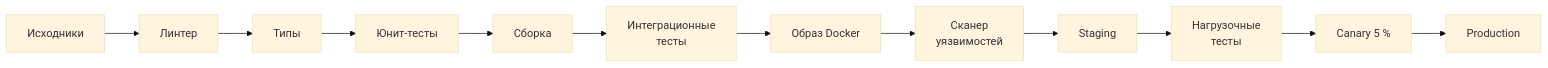
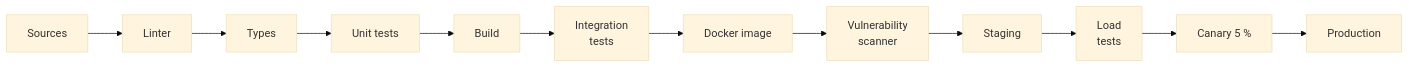
Before and after one commit to Kseen715/md2pdfX: the first of 3 diagrams in examples/big-diagrams.md, drawn with Mermaid (base theme). The commit also changed other lines of this file and 25 other files, not shown here.

````diff
--- a/examples/big-diagrams.md
+++ b/examples/big-diagrams.md
@@ -18,6 +18,6 @@
 ```mermaid
 flowchart LR
-    A[Исходники] --> B[Линтер] --> C[Типы] --> D[Юнит-тесты] --> E[Сборка]
-    E --> F[Интеграционные<br/>тесты] --> G[Образ Docker] --> H[Сканер<br/>уязвимостей]
-    H --> I[Staging] --> J[Нагрузочные<br/>тесты] --> K[Canary 5 %] --> L[Production]
+    A[Sources] --> B[Linter] --> C[Types] --> D[Unit tests] --> E[Build]
+    E --> F[Integration<br/>tests] --> G[Docker image] --> H[Vulnerability<br/>scanner]
+    H --> I[Staging] --> J[Load<br/>tests] --> K[Canary 5 %] --> L[Production]
 ```
````
